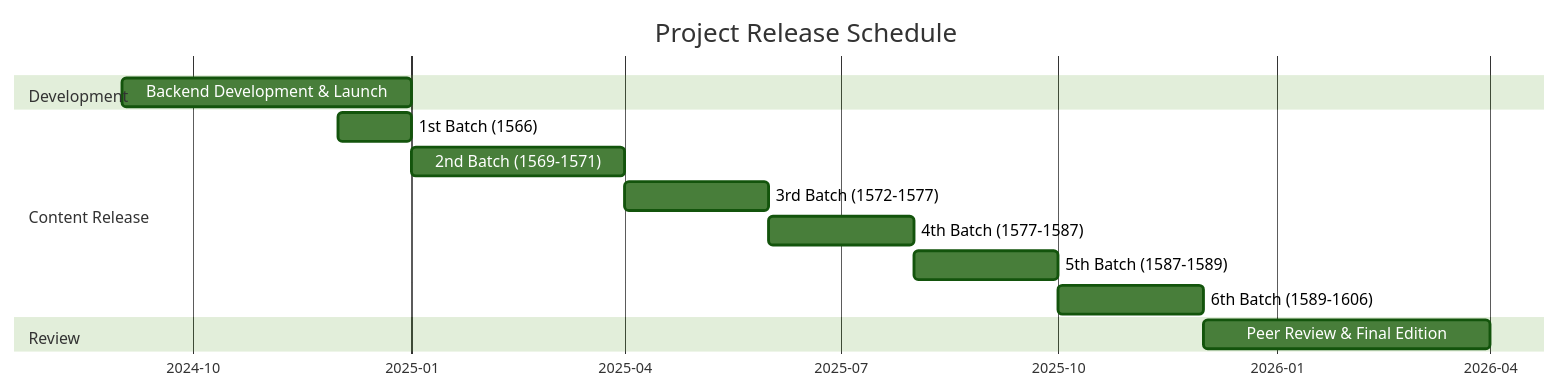
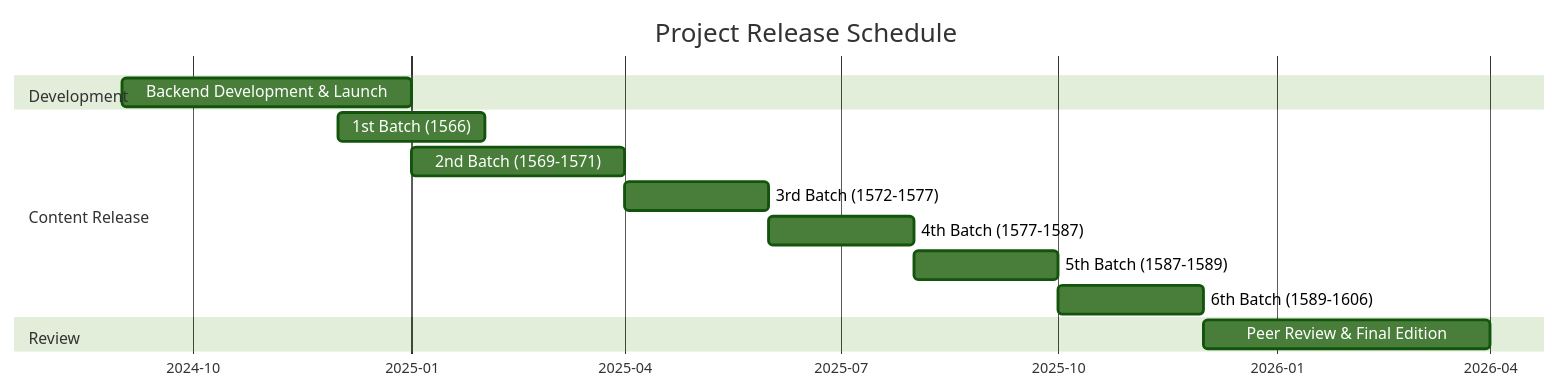
One commit to Pantagrueliste/CavrianaCorr changed the diagram in README.md. Above: the diagram before and after it, drawn with Mermaid (forest theme).

````diff
--- a/README.md
+++ b/README.md
@@ -29,21 +29,21 @@
 ```mermaid
 gantt
     title Project Release Schedule
     dateFormat YYYY-MM
     axisFormat %Y-%m
     
     section Development
     Backend Development & Launch :2024-09, 2025-01
     
     section Content Release
     
-    1st Batch (1566)         :2024-12, 2025-01
+    1st Batch (1566)         :2024-12, 2025-02
     2nd Batch (1569-1571)     :2025-01, 2025-04
     3rd Batch (1572-1577)      :2025-04, 2025-06
     4th Batch (1577-1587)     :2025-06, 2025-08
     5th Batch (1587-1589)      :2025-08, 2025-10
     6th Batch (1589-1606)      :2025-10, 2025-12
     
     section Review
     Peer Review & Final Edition  :2025-12, 2026-04
 ```
````
